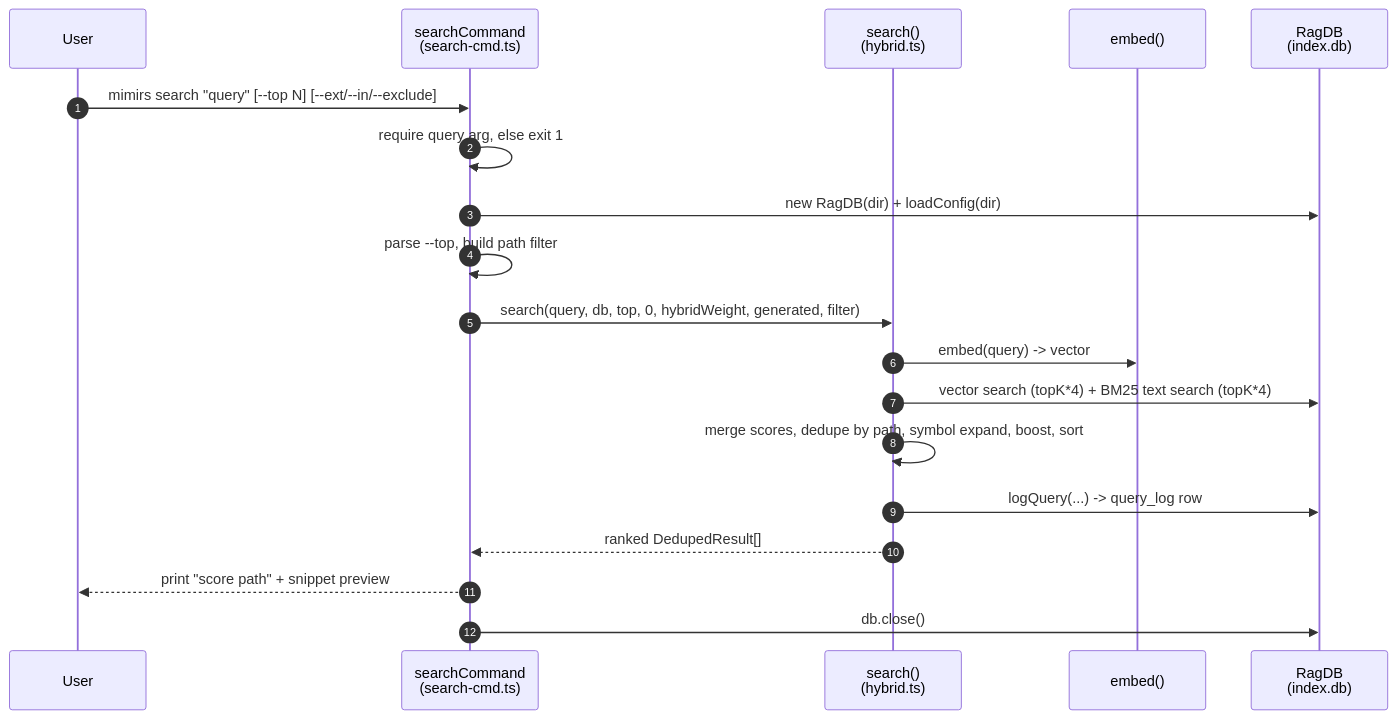
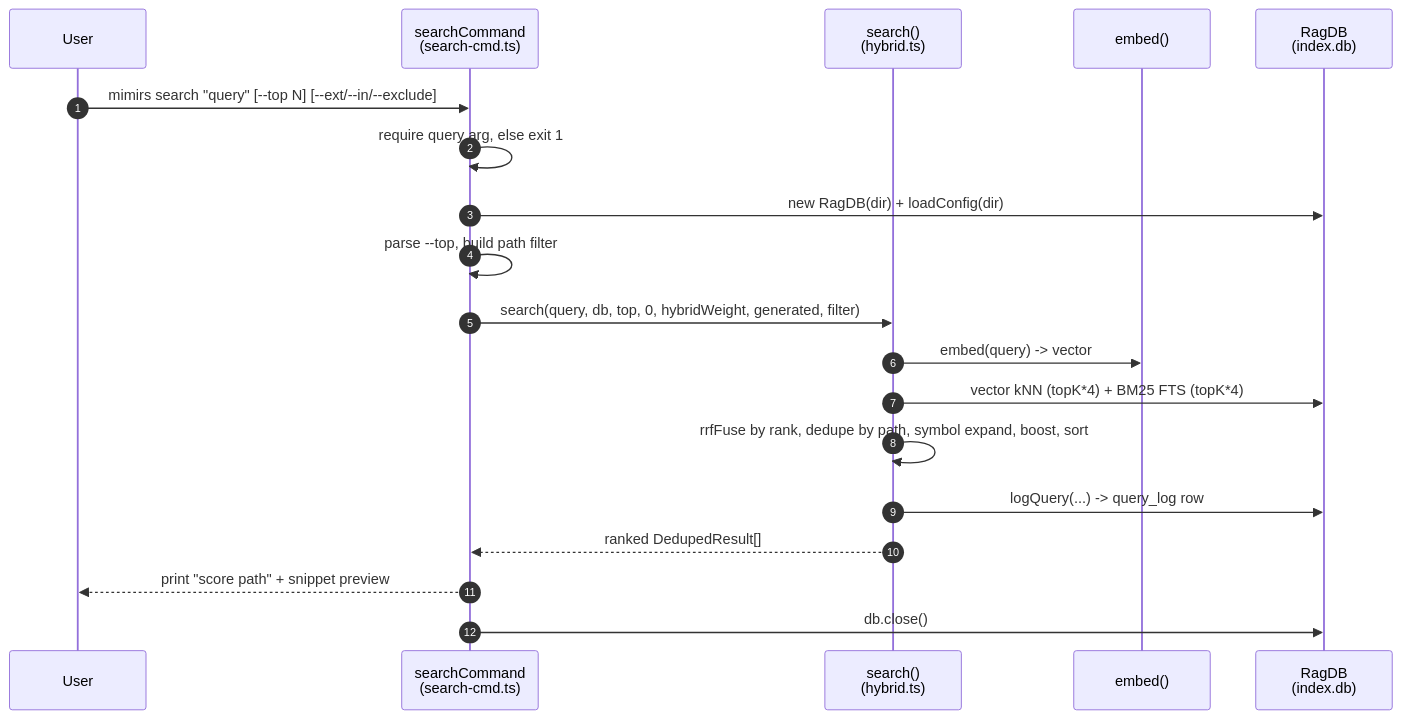
The diagram in wiki/cli/search.md (TheWinci/mimirs), drawn with Mermaid before and after one commit. The commit also changed other lines of this file and 47 other files, not shown here.

````diff
--- a/wiki/cli/search.md
+++ b/wiki/cli/search.md
@@ -11,22 +11,22 @@
 ```mermaid
 sequenceDiagram
     autonumber
     participant User
     participant CLI as searchCommand<br>(search-cmd.ts)
     participant Hybrid as search()<br>(hybrid.ts)
     participant Embed as embed()
     participant DB as RagDB<br>(index.db)
 
     User->>CLI: mimirs search "query" [--top N] [--ext/--in/--exclude]
     CLI->>CLI: require query arg, else exit 1
     CLI->>DB: new RagDB(dir) + loadConfig(dir)
     CLI->>CLI: parse --top, build path filter
     CLI->>Hybrid: search(query, db, top, 0, hybridWeight, generated, filter)
     Hybrid->>Embed: embed(query) -> vector
-    Hybrid->>DB: vector search (topK*4) + BM25 text search (topK*4)
-    Hybrid->>Hybrid: merge scores, dedupe by path, symbol expand, boost, sort
+    Hybrid->>DB: vector kNN (topK*4) + BM25 FTS (topK*4)
+    Hybrid->>Hybrid: rrfFuse by rank, dedupe by path, symbol expand, boost, sort
     Hybrid->>DB: logQuery(...) -> query_log row
     Hybrid-->>CLI: ranked DedupedResult[]
     CLI-->>User: print "score  path" + snippet preview
     CLI->>DB: db.close()
 ```
````
